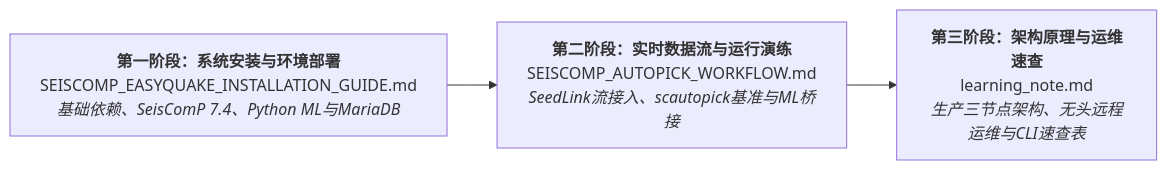
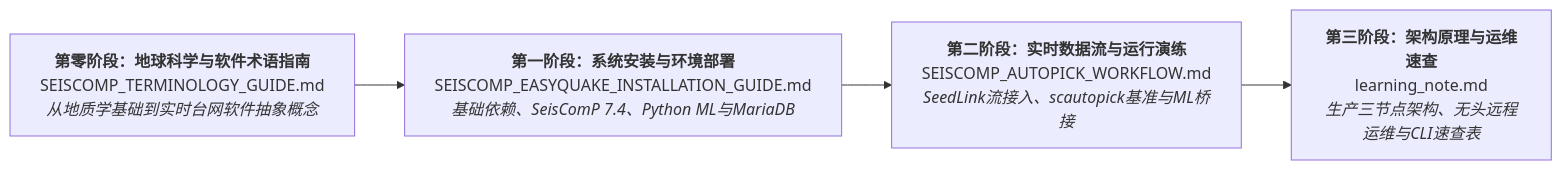
The diagram in README_zh.md (Hy-X/sceasyquake_installation_guide), drawn with Mermaid before and after one commit. The commit also changed other lines of this file and 3 other files, not shown here.

Commit message:
docs: add comprehensive SeisComP terminology primer and stage 0 documentation

````diff
--- a/README_zh.md
+++ b/README_zh.md
@@ -49,6 +49,7 @@
 ```mermaid
 flowchart LR
-    Stage1["<b>第一阶段：系统安装与环境部署</b><br/>SEISCOMP_EASYQUAKE_INSTALLATION_GUIDE.md<br/><i>基础依赖、SeisComP 7.4、Python ML与MariaDB</i>"]
+    Stage0["<b>第零阶段：地球科学与软件术语指南</b><br/>SEISCOMP_TERMINOLOGY_GUIDE.md<br/><i>从地质学基础到实时台网软件抽象概念</i>"]
+    --> Stage1["<b>第一阶段：系统安装与环境部署</b><br/>SEISCOMP_EASYQUAKE_INSTALLATION_GUIDE.md<br/><i>基础依赖、SeisComP 7.4、Python ML与MariaDB</i>"]
     --> Stage2["<b>第二阶段：实时数据流与运行演练</b><br/>SEISCOMP_AUTOPICK_WORKFLOW.md<br/><i>SeedLink流接入、scautopick基准与ML桥接</i>"]
     --> Stage3["<b>第三阶段：架构原理与运维速查</b><br/>learning_note.md<br/><i>生产三节点架构、无头远程运维与CLI速查表</i>"]
 ```
````
